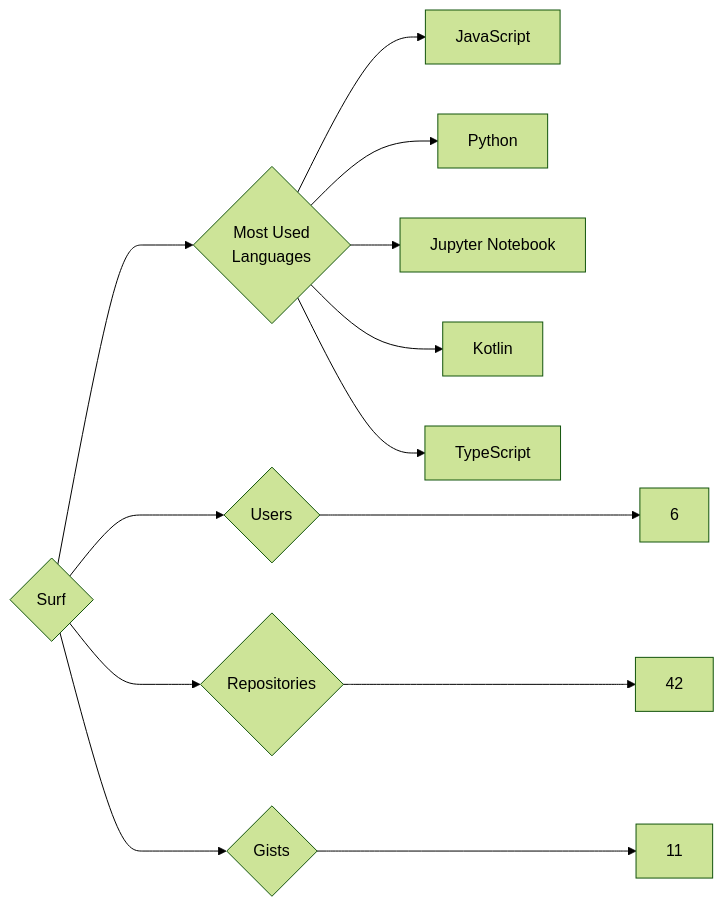
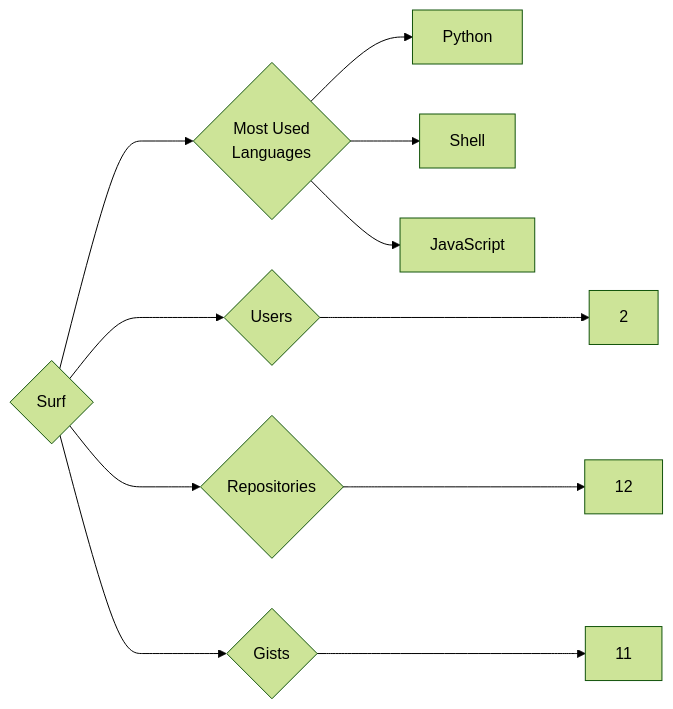
One commit to trickest/insiders changed the diagram in targets/Surf/README.md. Above: the diagram before and after it, drawn with Mermaid (forest theme). The commit also changed 582 other files, not shown here.

````diff
--- a/targets/Surf/README.md
+++ b/targets/Surf/README.md
@@ -3,13 +3,11 @@
 ```mermaid
 graph LR
 COMPANY_NAME{Surf}
-COMPANY_NAME ---> U{Users} ---> UN[6]
-COMPANY_NAME ---> R{Repositories} ---> RN[42]
+COMPANY_NAME ---> U{Users} ---> UN[2]
+COMPANY_NAME ---> R{Repositories} ---> RN[12]
 COMPANY_NAME ---> G{Gists} ---> GN[11]
 COMPANY_NAME ---> ML{Most Used<br>Languages}
+ML --> Python[Python]
+ML --> Shell[Shell]
 ML --> JavaScript[JavaScript]
-ML --> Python[Python]
-ML --> Jupyter_Notebook[Jupyter Notebook]
-ML --> Kotlin[Kotlin]
-ML --> TypeScript[TypeScript]
 ```
````
